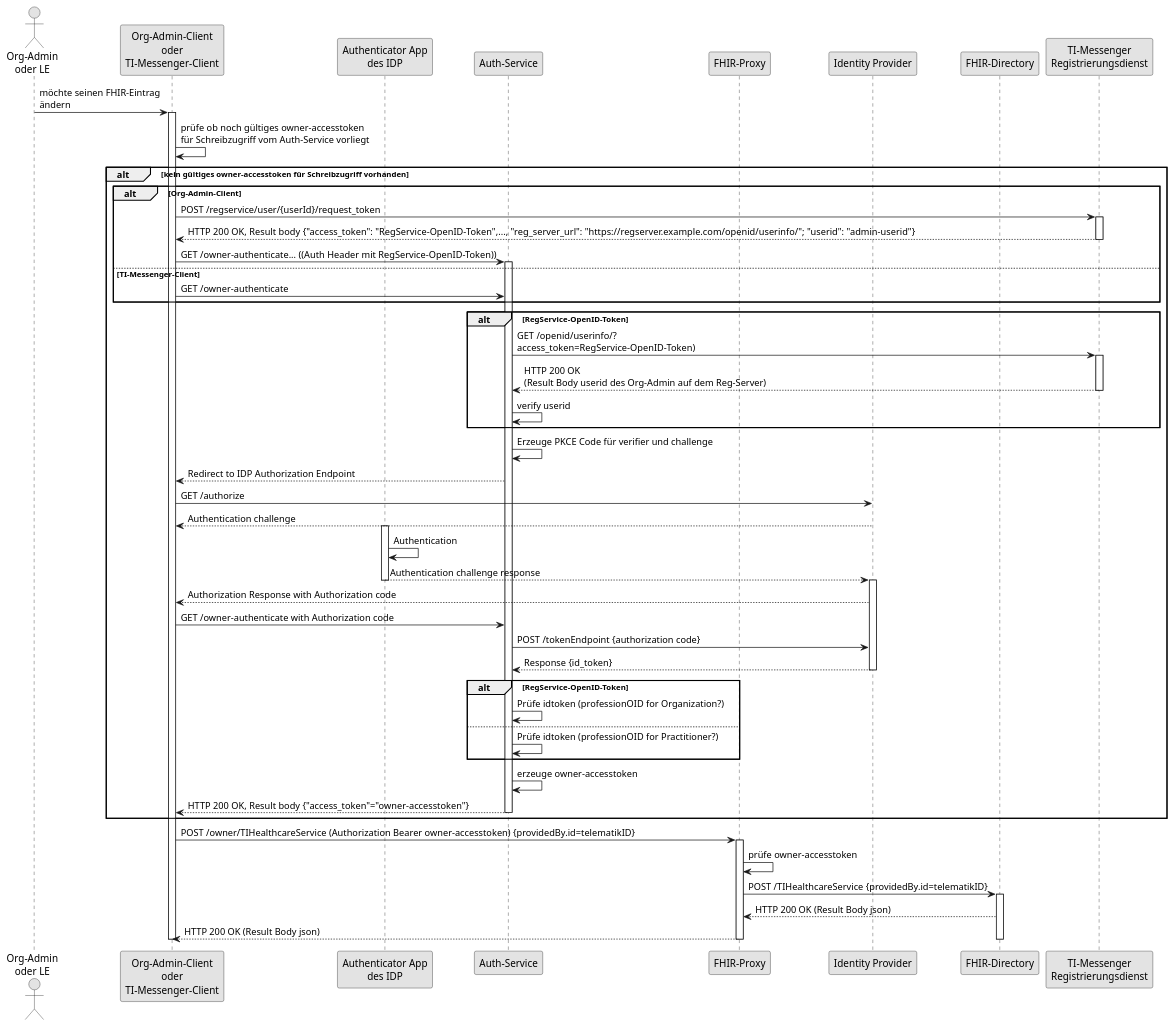
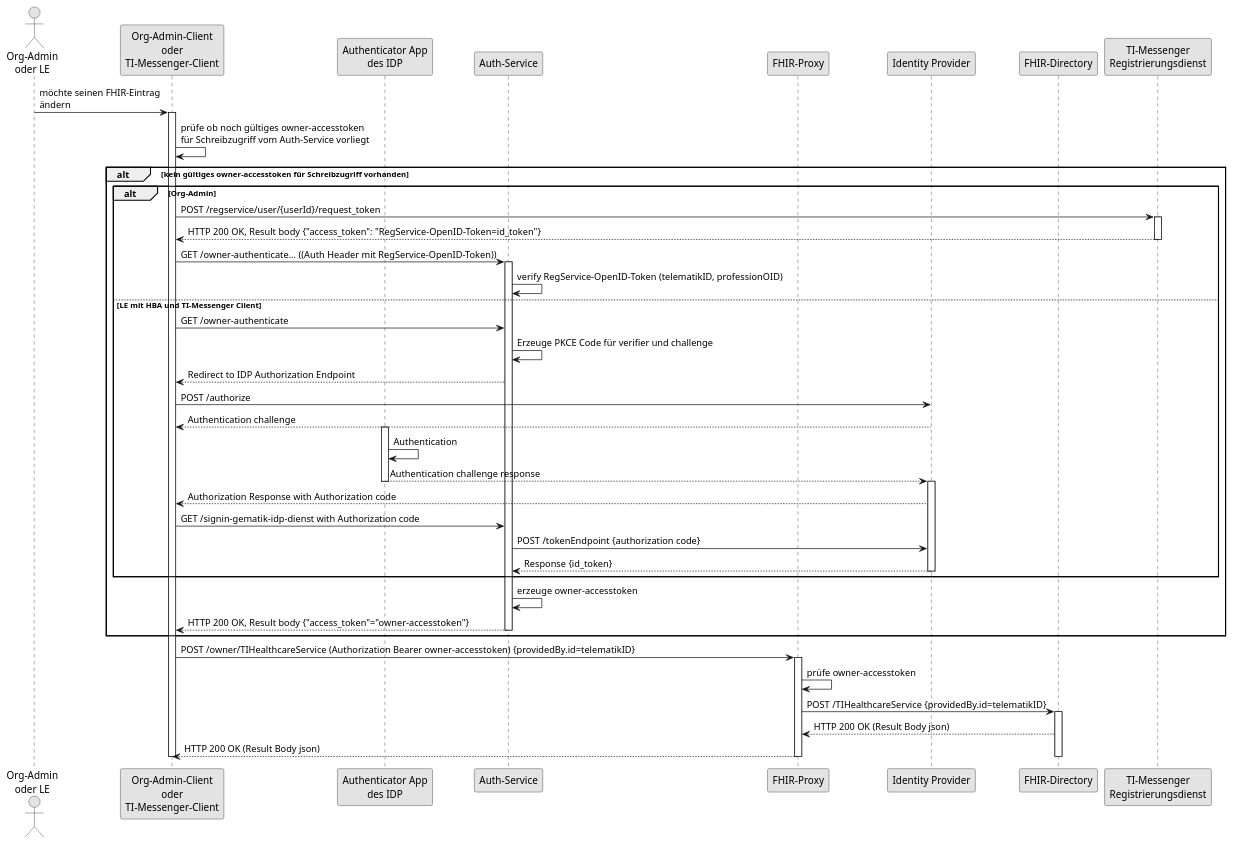
One commit to gematik/api-vzd changed the diagram in src/plantuml/SequenceDiagram.FHIR-Directory.owner.puml. Above: the diagram before and after it, drawn with PlantUML.

Commit message:
URL Korrektur signin-gematik-idp-dienst

```diff
--- a/src/plantuml/SequenceDiagram.FHIR-Directory.owner.puml
+++ b/src/plantuml/SequenceDiagram.FHIR-Directory.owner.puml
@@ -1,70 +1,59 @@
 @startuml FHIR-Directory, Sequenzdiagram Änderung von eigenen -Einträgen
 skinparam dpi 100
 skinparam WrapWidth 200
 skinparam monochrome true
 
 'title "FHIR-Directory, Sequenzdiagram Änderung von eigenen Einträgen'
 actor o as "Org-Admin\noder LE"
 participant cl as "Org-Admin-Client\noder\nTI-Messenger-Client"
 participant aa as "Authenticator App\ndes IDP"
 participant au as "Auth-Service"
 participant fp as "FHIR-Proxy"
 participant idp as "Identity Provider"
 participant fd as "FHIR-Directory"
 participant rd as "TI-Messenger\nRegistrierungsdienst"
 o -> cl: möchte seinen FHIR-Eintrag\nändern
 activate cl
 cl -> cl: prüfe ob noch gültiges owner-accesstoken\nfür Schreibzugriff vom Auth-Service vorliegt
 alt kein gültiges owner-accesstoken für Schreibzugriff vorhanden
-alt Org-Admin-Client
+alt Org-Admin
 cl -> rd: POST /regservice/user/{userId}/request_token
 activate rd
-rd --> cl: HTTP 200 OK, Result body {"access_token": "RegService-OpenID-Token",..., "reg_server_url": "https://regserver.example.com/openid/userinfo/"; "userid": "admin-userid"}
+rd --> cl: HTTP 200 OK, Result body {"access_token": "RegService-OpenID-Token=id_token"}
 deactivate rd
 cl -> au: GET /owner-authenticate... ((Auth Header mit RegService-OpenID-Token))
 activate au
-else TI-Messenger-Client
+au -> au: verify RegService-OpenID-Token (telematikID, professionOID)
+else LE mit HBA und TI-Messenger Client
 cl -> au: GET /owner-authenticate
-end
-alt RegService-OpenID-Token
-au -> rd: GET /openid/userinfo/?\naccess_token=RegService-OpenID-Token)
-activate rd
-rd --> au: HTTP 200 OK\n(Result Body userid des Org-Admin auf dem Reg-Server)
-deactivate rd
-au -> au: verify userid
-end
 au -> au: Erzeuge PKCE Code für verifier und challenge
 au --> cl: Redirect to IDP Authorization Endpoint
-cl -> idp: GET /authorize
+cl -> idp: POST /authorize
 idp --> cl: Authentication challenge
 activate aa
 aa -> aa: Authentication
 aa --> idp: Authentication challenge response
 deactivate aa
 activate idp
 idp --> cl: Authorization Response with Authorization code
-cl -> au: GET /owner-authenticate with Authorization code
+cl -> au: GET /signin-gematik-idp-dienst with Authorization code
 au -> idp: POST /tokenEndpoint {authorization code}
 idp --> au: Response {id_token}
 
 deactivate idp
-alt RegService-OpenID-Token
-au -> au: Prüfe idtoken (professionOID for Organization?)
-else
-au -> au: Prüfe idtoken (professionOID for Practitioner?)
 end
 au -> au: erzeuge owner-accesstoken
 au --> cl: HTTP 200 OK, Result body {"access_token"="owner-accesstoken"}
 deactivate au
 end
 cl -> fp: POST /owner/TIHealthcareService (Authorization Bearer owner-accesstoken) {providedBy.id=telematikID}
 activate fp
 fp -> fp: prüfe owner-accesstoken
 fp -> fd: POST /TIHealthcareService {providedBy.id=telematikID}
 activate fd
 fd --> fp: HTTP 200 OK (Result Body json)
 fp --> cl: HTTP 200 OK (Result Body json)
 deactivate fd
 deactivate fp
 deactivate cl
 @enduml
```
